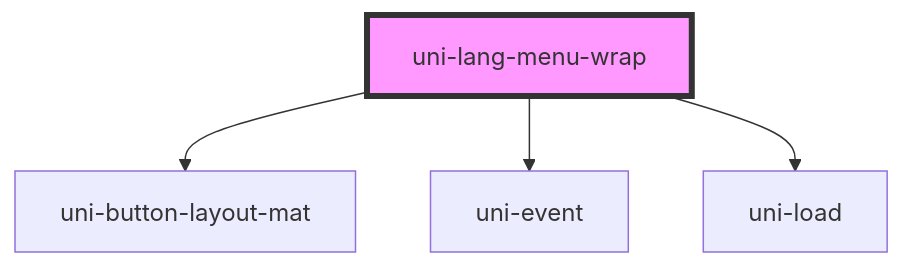
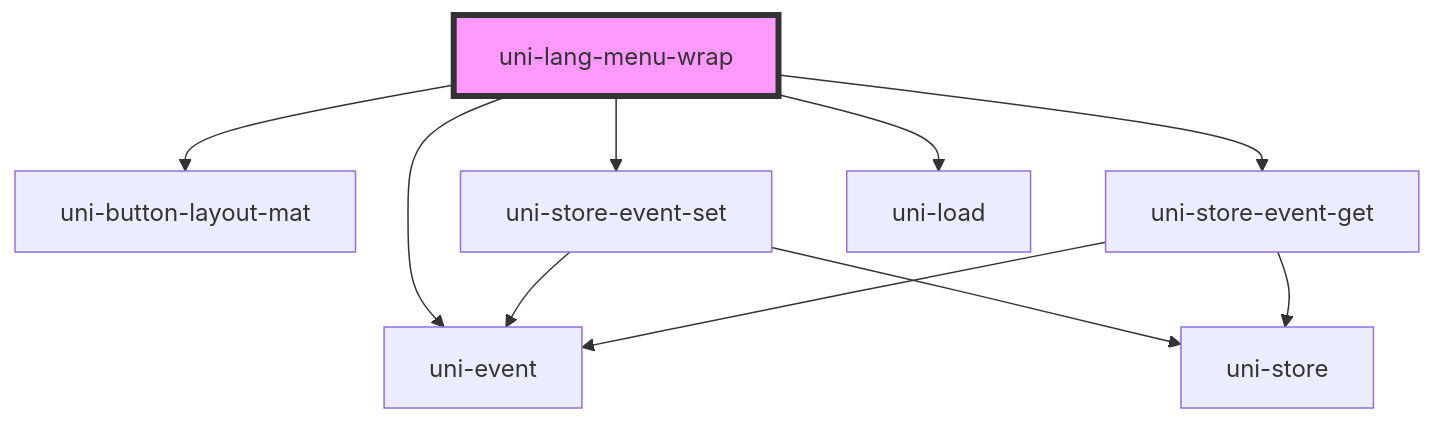
One commit to uiregex/uni-localize changed the diagram in src/lang-menu/components/wrap/readme.md. Above: the diagram before and after it, drawn with Mermaid. The commit also changed other lines of this file and 6 other files, not shown here.

````diff
--- a/src/lang-menu/components/wrap/readme.md
+++ b/src/lang-menu/components/wrap/readme.md
@@ -28,7 +30,13 @@
 ```mermaid
 graph TD;
   uni-lang-menu-wrap --> uni-button-layout-mat
   uni-lang-menu-wrap --> uni-event
+  uni-lang-menu-wrap --> uni-store-event-set
+  uni-lang-menu-wrap --> uni-store-event-get
   uni-lang-menu-wrap --> uni-load
+  uni-store-event-set --> uni-event
+  uni-store-event-set --> uni-store
+  uni-store-event-get --> uni-event
+  uni-store-event-get --> uni-store
   style uni-lang-menu-wrap fill:#f9f,stroke:#333,stroke-width:4px
 ```
````
